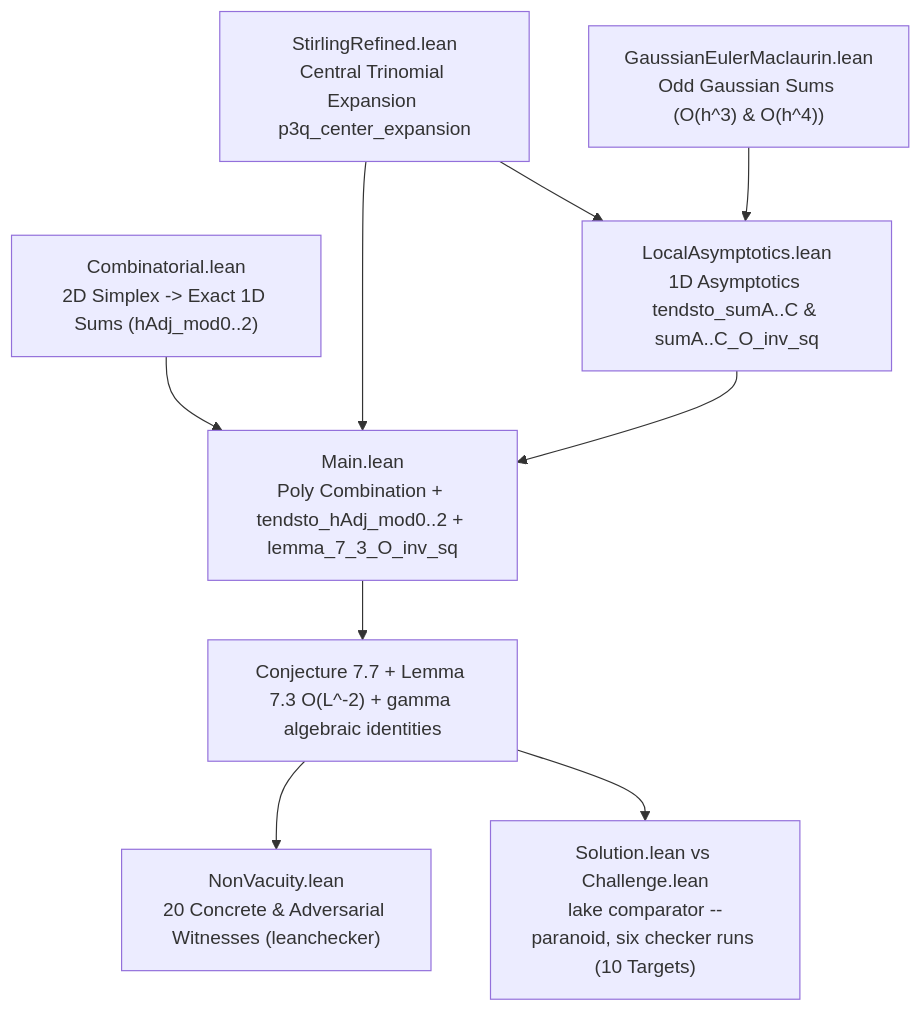
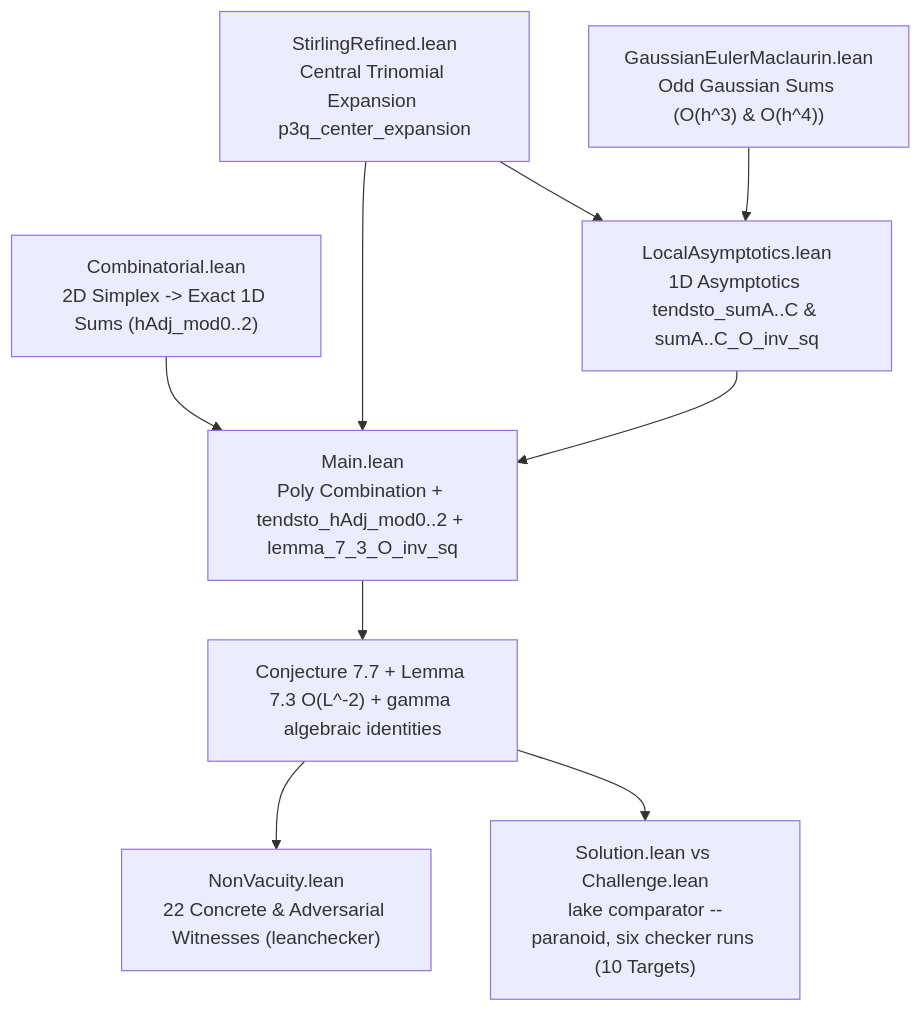
One commit to 0thernes/multinomial-tv-conjecture changed the diagram in docs/architecture.md. Above: the diagram before and after it, drawn with Mermaid. The commit also changed other lines of this file and 49 other files, not shown here.

Commit message:
release: v2.7.0 — OpenSSL X.509 RFC 3161 verify, zero @[nolint], 22 NonVacuity, def+thm axiom audit, live negative comparator & 24/24 mutants

````diff
--- a/docs/architecture.md
+++ b/docs/architecture.md
@@ -7,11 +7,11 @@
 ```mermaid
 flowchart TD
     A["Combinatorial.lean<br/>2D Simplex -> Exact 1D Sums (hAdj_mod0..2)"] --> E["Main.lean<br/>Poly Combination + tendsto_hAdj_mod0..2 + lemma_7_3_O_inv_sq"]
     B["StirlingRefined.lean<br/>Central Trinomial Expansion p3q_center_expansion"] --> E
     C["GaussianEulerMaclaurin.lean<br/>Odd Gaussian Sums (O(h^3) & O(h^4))"] --> D["LocalAsymptotics.lean<br/>1D Asymptotics tendsto_sumA..C & sumA..C_O_inv_sq"]
     B --> D
     D --> E
     E --> F["Conjecture 7.7 + Lemma 7.3 O(L^-2) + gamma algebraic identities"]
-    F --> G["NonVacuity.lean<br/>20 Concrete & Adversarial Witnesses (leanchecker)"]
+    F --> G["NonVacuity.lean<br/>22 Concrete & Adversarial Witnesses (leanchecker)"]
     F --> H["Solution.lean vs Challenge.lean<br/>lake comparator --paranoid, six checker runs (10 Targets)"]
 ```
````
